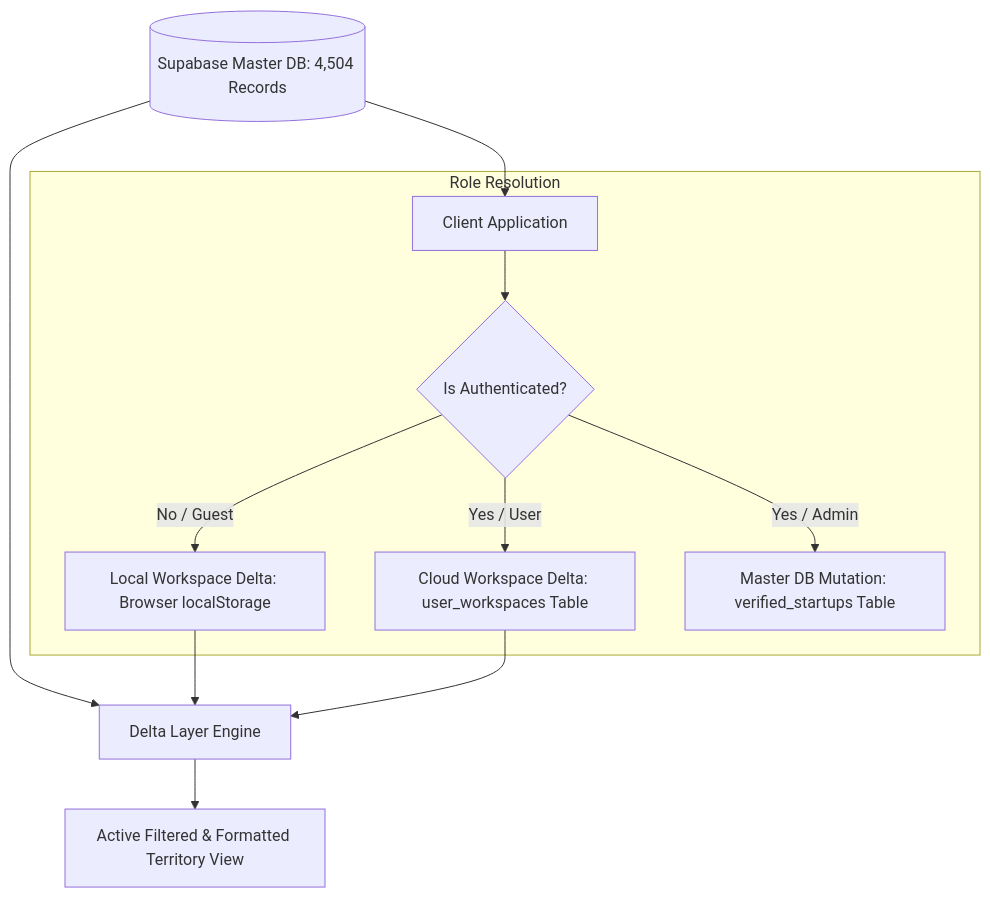
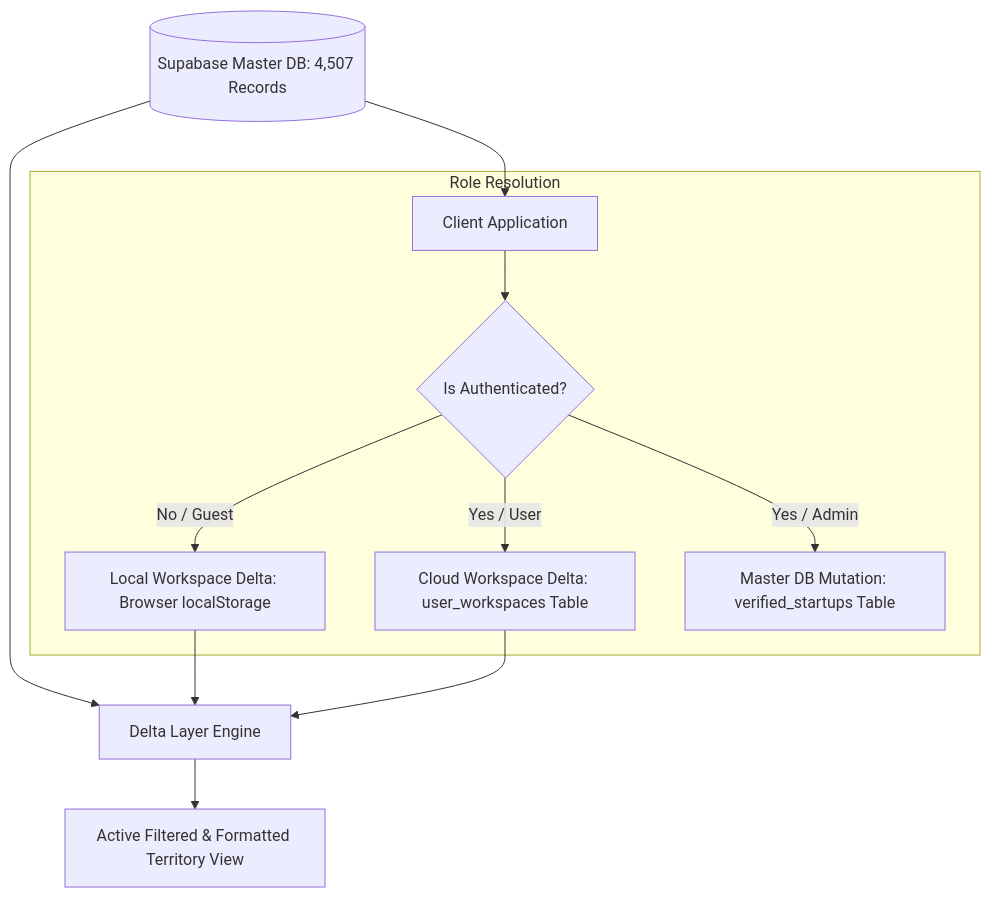
One commit to rounakbajpayee/stackpulse changed the fourth of 4 diagrams in docs/ARCHITECTURE.md. Above: the diagram before and after it, drawn with Mermaid. The commit also changed other lines of this file and 1 other file, not shown here.

Commit message:
docs: sync 4,507 live account records count across README and architecture specs

````diff
--- a/docs/ARCHITECTURE.md
+++ b/docs/ARCHITECTURE.md
@@ -116,15 +116,15 @@
 ```mermaid
 graph TD
-    Master[(Supabase Master DB: 4,504 Records)] --> App[Client Application]
+    Master[(Supabase Master DB: 4,507 Records)] --> App[Client Application]
     
     subgraph Role Resolution
         App --> UserType{Is Authenticated?}
         UserType -->|No / Guest| GuestDelta[Local Workspace Delta: Browser localStorage]
         UserType -->|Yes / User| CloudDelta[Cloud Workspace Delta: user_workspaces Table]
         UserType -->|Yes / Admin| AdminMaster[Master DB Mutation: verified_startups Table]
     end
     
     Master --> Overlay[Delta Layer Engine]
     GuestDelta & CloudDelta --> Overlay
     Overlay --> Rendered[Active Filtered & Formatted Territory View]
 ```
````
